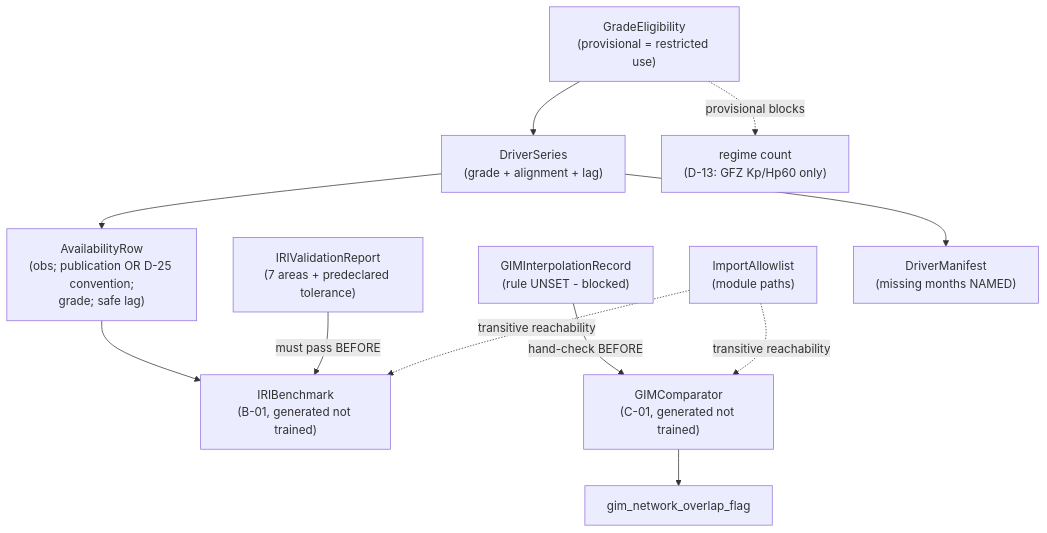
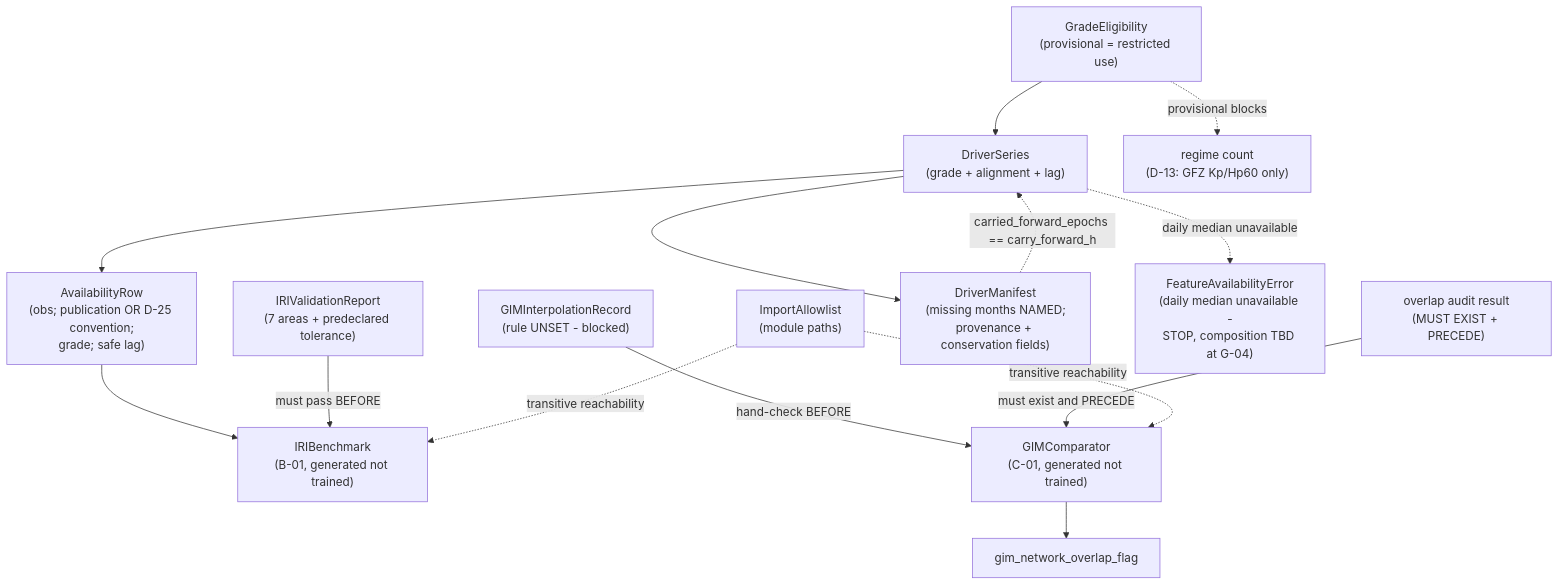
Before and after one commit to Kimrza/Thesis_toshkari: the diagram in aidlc/spaces/default/intents/260813-tec-hourly-forecast/construction/external-products/functional-design/domain-entities.md, drawn with Mermaid. The commit also changed other lines of this file and 52 other files, not shown here.

````diff
--- a/aidlc/spaces/default/intents/260813-tec-hourly-forecast/construction/external-products/functional-design/domain-entities.md
+++ b/aidlc/spaces/default/intents/260813-tec-hourly-forecast/construction/external-products/functional-design/domain-entities.md
@@ -55,24 +55,29 @@
 ```mermaid
 graph TD
   DS["DriverSeries<br/>(grade + alignment + lag)"]
   GA["GradeEligibility<br/>(provisional = restricted use)"]
   AM["AvailabilityRow<br/>(obs; publication OR D-25 convention;<br/>grade; safe lag)"]
   BM["IRIBenchmark<br/>(B-01, generated not trained)"]
   VR["IRIValidationReport<br/>(7 areas + predeclared tolerance)"]
   GC["GIMComparator<br/>(C-01, generated not trained)"]
   IR["GIMInterpolationRecord<br/>(rule UNSET - blocked)"]
   OF["gim_network_overlap_flag"]
   AL["ImportAllowlist<br/>(module paths)"]
-  MF["DriverManifest<br/>(missing months NAMED)"]
+  MF["DriverManifest<br/>(missing months NAMED;<br/>provenance + conservation fields)"]
+  FA["FeatureAvailabilityError<br/>(daily median unavailable -<br/>STOP, composition TBD at G-04)"]
+  OA["overlap audit result<br/>(MUST EXIST + PRECEDE)"]
 
   GA --> DS
   DS --> AM
   DS --> MF
   AM --> BM
   VR -->|"must pass BEFORE"| BM
   IR -->|"hand-check BEFORE"| GC
   GC --> OF
+  OA -->|"must exist and PRECEDE"| GC
+  DS -.->|"daily median unavailable"| FA
+  MF -.->|"carried_forward_epochs == carry_forward_h"| DS
   AL -.->|"transitive reachability"| BM
   AL -.->|"transitive reachability"| GC
   GA -.->|"provisional blocks"| RC["regime count<br/>(D-13: GFZ Kp/Hp60 only)"]
 ```
````
